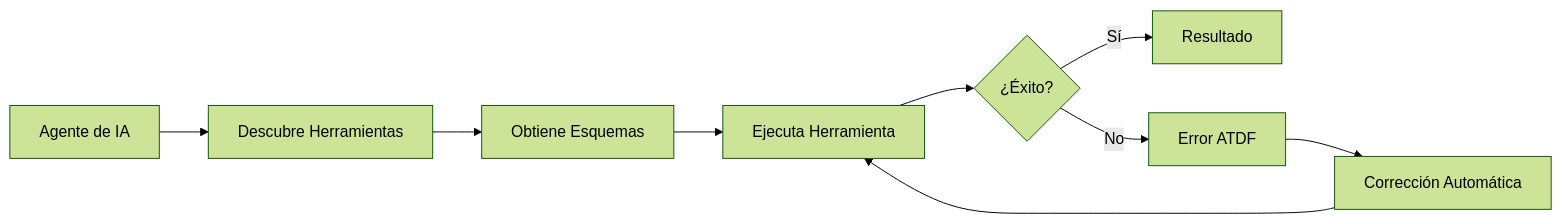
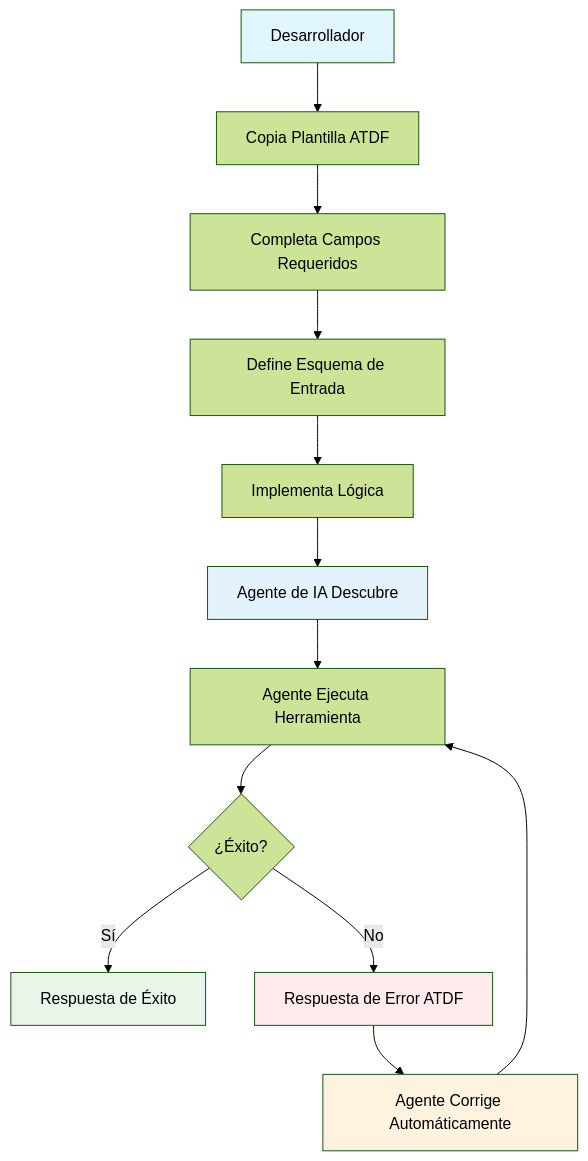
The first of 2 diagrams in README.md (MauricioPerera/agent-tool-description-format), drawn with Mermaid (forest theme) before and after one commit. The commit also changed other lines of this file and 14 other files, not shown here.

````diff
--- a/README.md
+++ b/README.md
@@ -205,11 +378,20 @@
 ```mermaid
-graph LR
-    A[Agente de IA] --> B[Descubre Herramientas]
-    B --> C[Obtiene Esquemas]
-    C --> D[Ejecuta Herramienta]
-    D --> E{¿Éxito?}
-    E -->|Sí| F[Resultado]
-    E -->|No| G[Error ATDF]
-    G --> H[Corrección Automática]
-    H --> D
+flowchart TD
+    A[Desarrollador] --> B[Copia Plantilla ATDF]
+    B --> C[Completa Campos Requeridos]
+    C --> D[Define Esquema de Entrada]
+    D --> E[Implementa Lógica]
+    E --> F[Agente de IA Descubre]
+    F --> G[Agente Ejecuta Herramienta]
+    G --> H{¿Éxito?}
+    H -->|Sí| I[Respuesta de Éxito]
+    H -->|No| J[Respuesta de Error ATDF]
+    J --> K[Agente Corrige Automáticamente]
+    K --> G
+    
+    style A fill:#e1f5fe
+    style F fill:#e3f2fd
+    style I fill:#e8f5e8
+    style J fill:#ffebee
+    style K fill:#fff3e0
 ```
````
